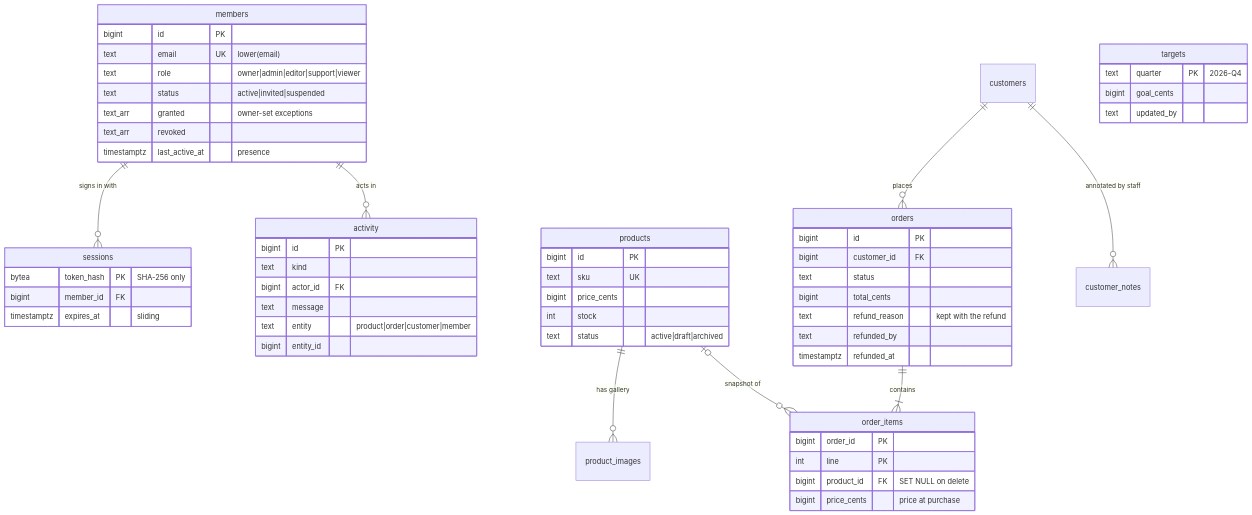
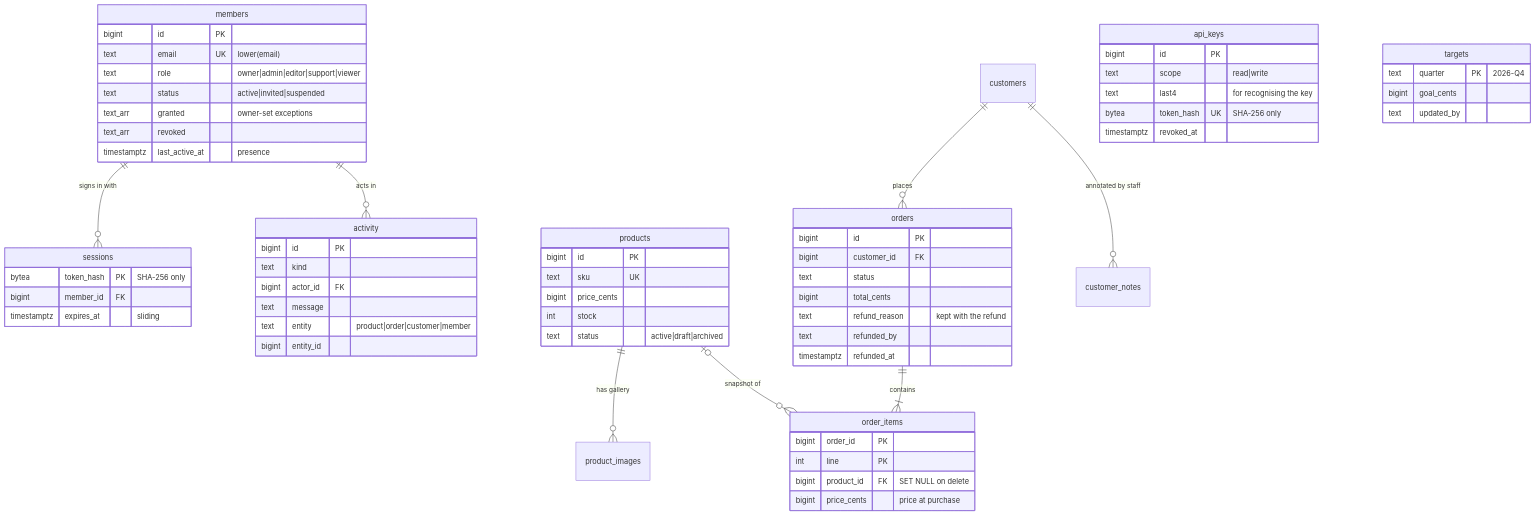
Before and after one commit to arturrw/go-admin-reference: the fourth of 6 diagrams in docs/ARCHITECTURE.md, drawn with Mermaid. The commit also changed other lines of this file and 2 other files, not shown here.

Commit message:
Document API keys

````diff
--- a/docs/ARCHITECTURE.md
+++ b/docs/ARCHITECTURE.md
@@ -121,60 +121,67 @@
 ```mermaid
 erDiagram
     members ||--o{ sessions : "signs in with"
     members ||--o{ activity : "acts in"
     products ||--o{ product_images : "has gallery"
     products |o--o{ order_items : "snapshot of"
     customers ||--o{ orders : places
     customers ||--o{ customer_notes : "annotated by staff"
     orders ||--|{ order_items : contains
 
     members {
         bigint id PK
         text email UK "lower(email)"
         text role "owner|admin|editor|support|viewer"
         text status "active|invited|suspended"
         text_arr granted "owner-set exceptions"
         text_arr revoked
         timestamptz last_active_at "presence"
     }
     sessions {
         bytea token_hash PK "SHA-256 only"
         bigint member_id FK
         timestamptz expires_at "sliding"
     }
     products {
         bigint id PK
         text sku UK
         bigint price_cents
         int stock
         text status "active|draft|archived"
     }
     orders {
         bigint id PK
         bigint customer_id FK
         text status
         bigint total_cents
         text refund_reason "kept with the refund"
         text refunded_by
         timestamptz refunded_at
     }
     order_items {
         bigint order_id PK
         int line PK
         bigint product_id FK "SET NULL on delete"
         bigint price_cents "price at purchase"
     }
     activity {
         bigint id PK
         text kind
         bigint actor_id FK
         text message
         text entity "product|order|customer|member"
         bigint entity_id
     }
+    api_keys {
+        bigint id PK
+        text scope "read|write"
+        text last4 "for recognising the key"
+        bytea token_hash UK "SHA-256 only"
+        timestamptz revoked_at
+    }
     targets {
         text quarter PK "2026-Q4"
         bigint goal_cents
         text updated_by
     }
 ```
````
